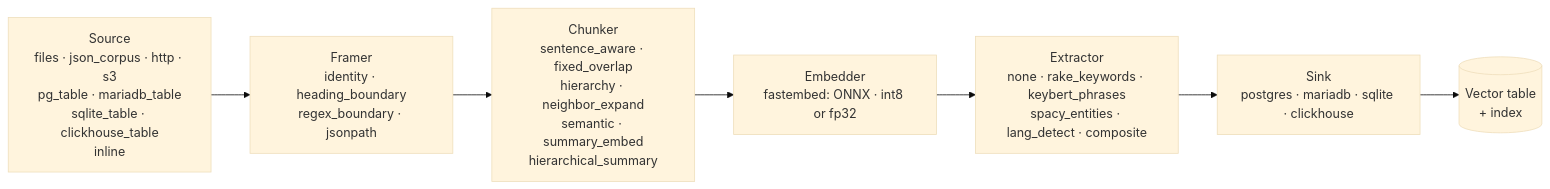
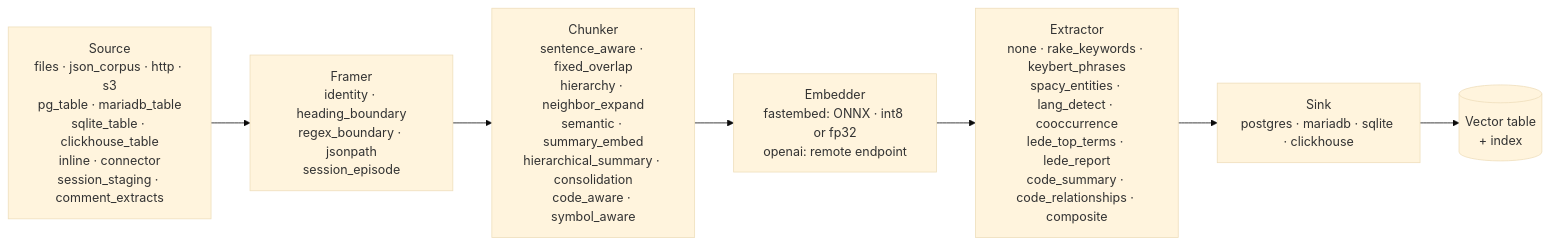
The first of 5 diagrams in docs/architecture.md (yonk-labs/chunkshop), drawn with Mermaid (base theme) before and after one commit. The commit also changed other lines of this file and 5 other files, not shown here.

````diff
--- a/docs/architecture.md
+++ b/docs/architecture.md
@@ -17,9 +17,9 @@
 ```mermaid
 flowchart LR
-    S[Source<br/>files · json_corpus · http · s3<br/>pg_table · mariadb_table<br/>sqlite_table · clickhouse_table<br/>inline] --> F[Framer<br/>identity · heading_boundary<br/>regex_boundary · jsonpath]
-    F --> C[Chunker<br/>sentence_aware · fixed_overlap<br/>hierarchy · neighbor_expand<br/>semantic · summary_embed<br/>hierarchical_summary]
-    C --> E[Embedder<br/>fastembed: ONNX · int8 or fp32]
-    E --> X[Extractor<br/>none · rake_keywords · keybert_phrases<br/>spacy_entities · lang_detect · composite]
+    S[Source<br/>files · json_corpus · http · s3<br/>pg_table · mariadb_table<br/>sqlite_table · clickhouse_table<br/>inline · connector<br/>session_staging · comment_extracts] --> F[Framer<br/>identity · heading_boundary<br/>regex_boundary · jsonpath<br/>session_episode]
+    F --> C[Chunker<br/>sentence_aware · fixed_overlap<br/>hierarchy · neighbor_expand<br/>semantic · summary_embed<br/>hierarchical_summary · consolidation<br/>code_aware · symbol_aware]
+    C --> E[Embedder<br/>fastembed: ONNX · int8 or fp32<br/>openai: remote endpoint]
+    E --> X[Extractor<br/>none · rake_keywords · keybert_phrases<br/>spacy_entities · lang_detect · cooccurrence<br/>lede_top_terms · lede_report<br/>code_summary · code_relationships · composite]
     X --> SK[Sink<br/>postgres · mariadb · sqlite · clickhouse]
     SK --> DB[(Vector table<br/>+ index)]
 ```
````
